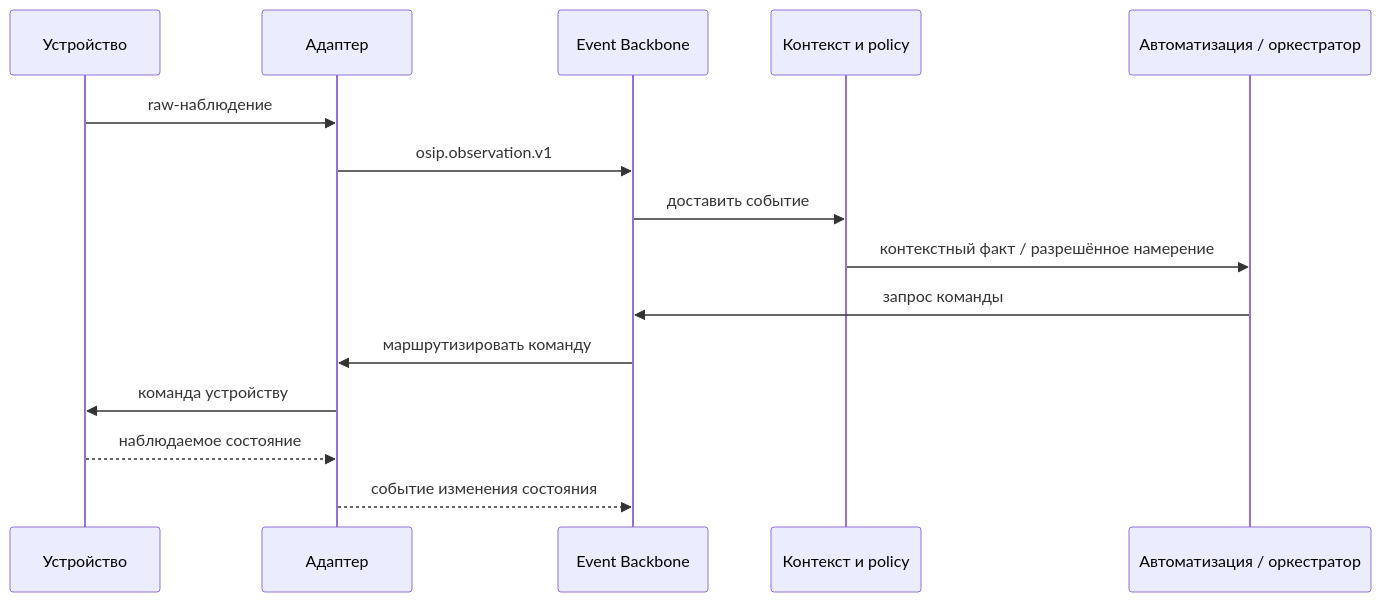
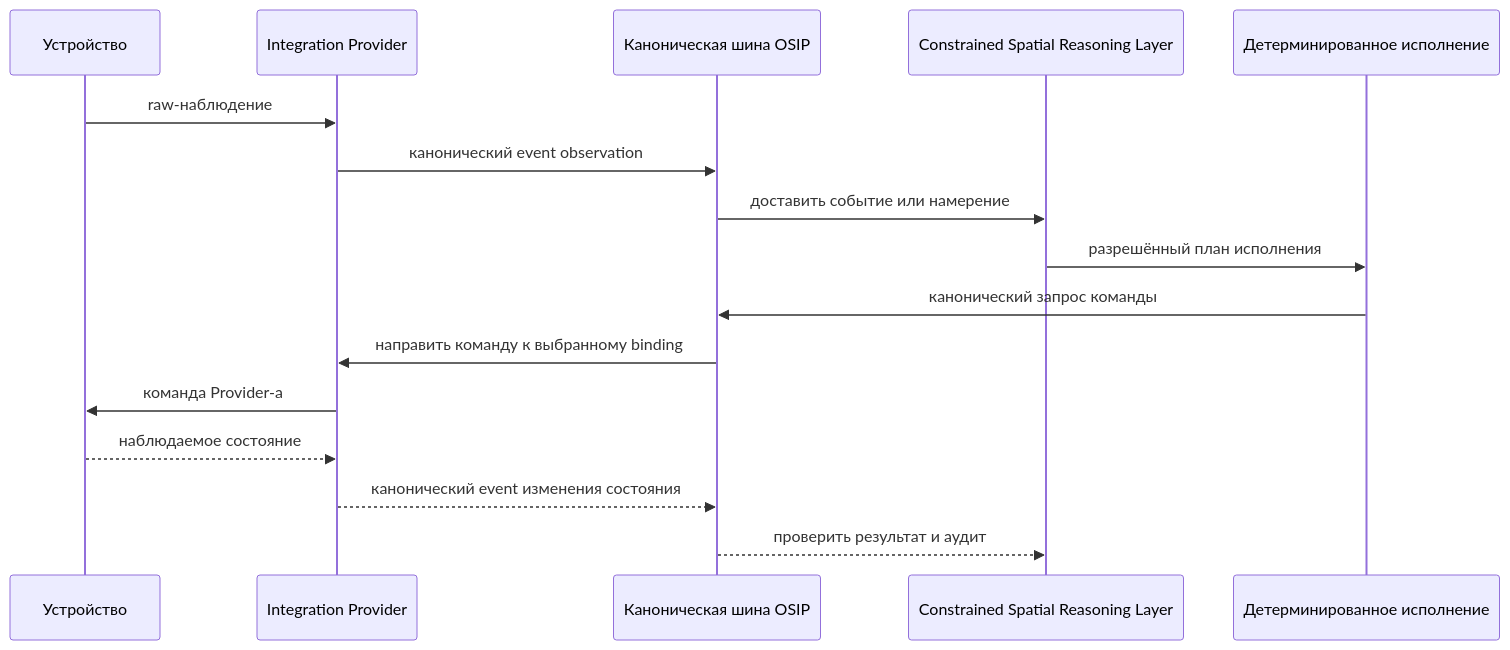
Before and after one commit to 3hllc/osip-docs: the diagram in docs/ru/architecture/architecture-overview.md, drawn with Mermaid. The commit also changed other lines of this file and 91 other files, not shown here.

Commit message:
Define OSIP reasoning and deployment architecture

````diff
--- a/docs/ru/architecture/architecture-overview.md
+++ b/docs/ru/architecture/architecture-overview.md
@@ -41,17 +41,18 @@
 ```mermaid
 sequenceDiagram
   participant D as Устройство
-  participant A as Адаптер
-  participant B as Event Backbone
-  participant C as Контекст и policy
-  participant O as Автоматизация / оркестратор
-  D->>A: raw-наблюдение
-  A->>B: osip.observation.v1
-  B->>C: доставить событие
-  C->>O: контекстный факт / разрешённое намерение
-  O->>B: запрос команды
-  B->>A: маршрутизировать команду
-  A->>D: команда устройству
-  D-->>A: наблюдаемое состояние
-  A-->>B: событие изменения состояния
+  participant P as Integration Provider
+  participant B as Каноническая шина OSIP
+  participant R as Constrained Spatial Reasoning Layer
+  participant X as Детерминированное исполнение
+  D->>P: raw-наблюдение
+  P->>B: канонический event observation
+  B->>R: доставить событие или намерение
+  R->>X: разрешённый план исполнения
+  X->>B: канонический запрос команды
+  B->>P: направить команду к выбранному binding
+  P->>D: команда Provider-а
+  D-->>P: наблюдаемое состояние
+  P-->>B: канонический event изменения состояния
+  B-->>R: проверить результат и аудит
 ```
````
